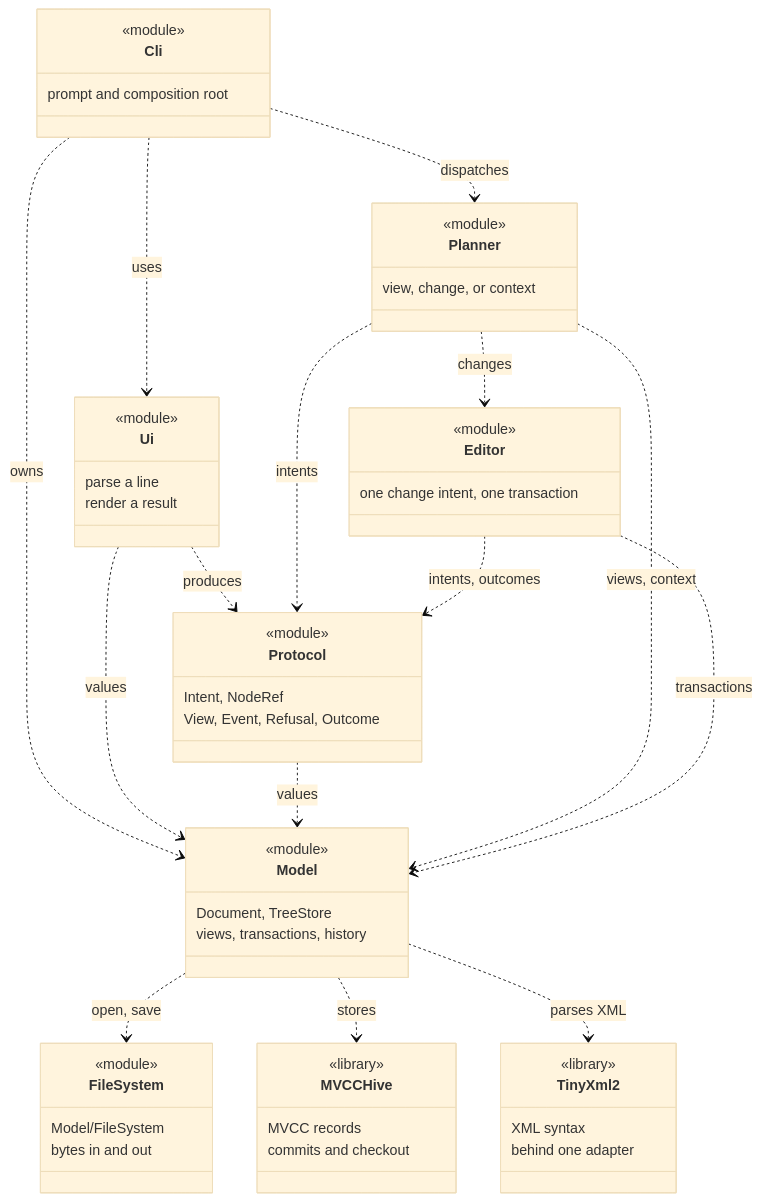
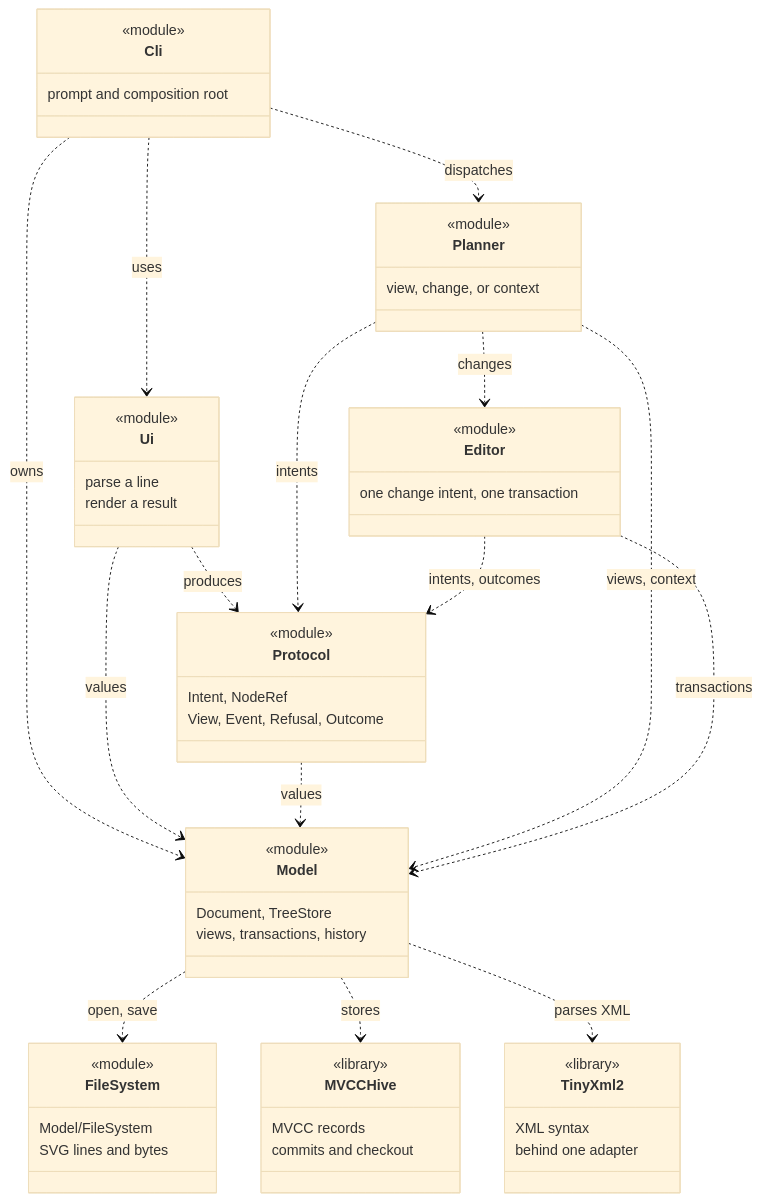
Before and after one commit to NegaVoayz/SVG_Editor: the diagram in docs/Structure.md, drawn with Mermaid (base theme). The commit also changed other lines of this file and 2 other files, not shown here.

Commit message:
Docs: document SVG fields and FileSystem rendering

````diff
--- a/docs/Structure.md
+++ b/docs/Structure.md
@@ -46,62 +46,62 @@
 ```mermaid
 classDiagram
     direction TB
 
     class Cli {
         <<module>>
         prompt and composition root
     }
     class Ui {
         <<module>>
         parse a line
         render a result
     }
     class Protocol {
         <<module>>
         Intent, NodeRef
         View, Event, Refusal, Outcome
     }
     class Planner {
         <<module>>
         view, change, or context
     }
     class Editor {
         <<module>>
         one change intent, one transaction
     }
     class Model {
         <<module>>
         Document, TreeStore
         views, transactions, history
     }
     class FileSystem {
         <<module>>
         Model/FileSystem
-        bytes in and out
+        SVG lines and bytes
     }
     class MVCCHive {
         <<library>>
         MVCC records
         commits and checkout
     }
     class TinyXml2 {
         <<library>>
         XML syntax
         behind one adapter
     }
 
     Cli ..> Ui : uses
     Cli ..> Planner : dispatches
     Cli ..> Model : owns
     Ui ..> Protocol : produces
     Ui ..> Model : values
     Protocol ..> Model : values
     Planner ..> Protocol : intents
     Planner ..> Model : views, context
     Planner ..> Editor : changes
     Editor ..> Protocol : intents, outcomes
     Editor ..> Model : transactions
     Model ..> FileSystem : open, save
     Model ..> MVCCHive : stores
     Model ..> TinyXml2 : parses XML
 ```
````
